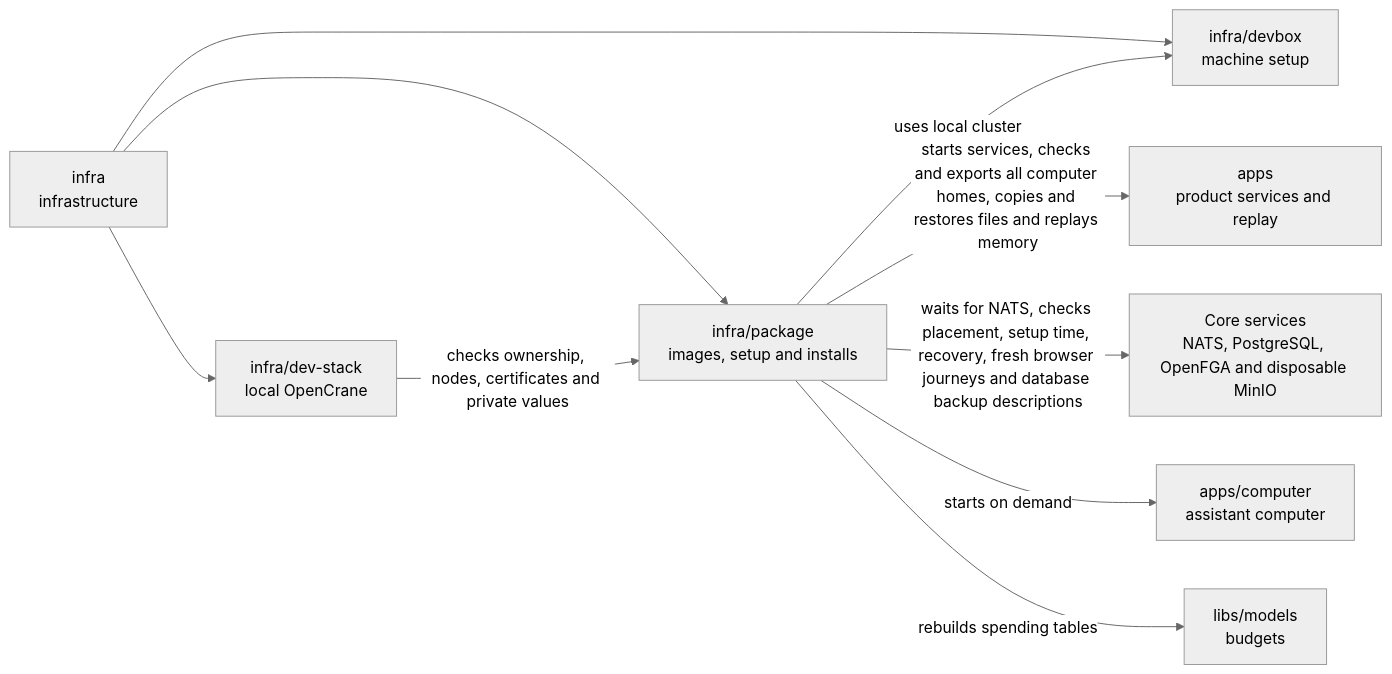
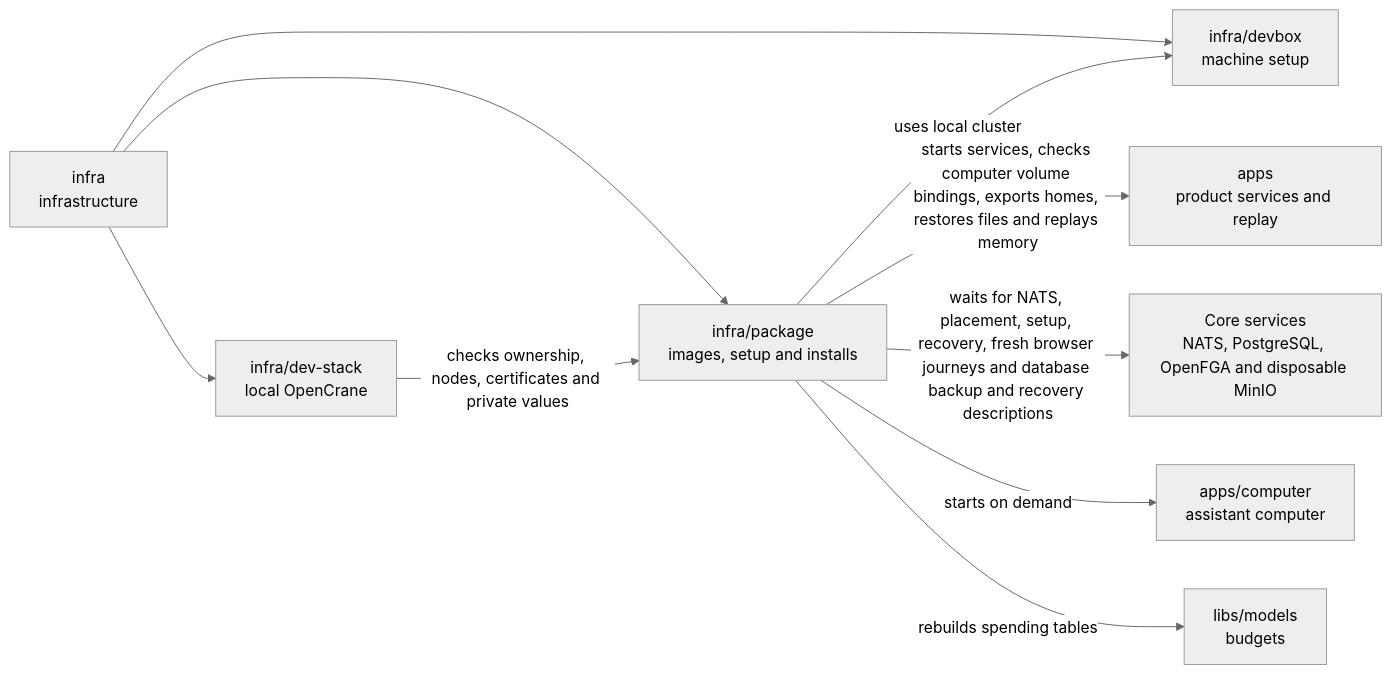
One commit to elewa-git/opencrane-new changed the diagram in infra/package/README.md. Above: the diagram before and after it, drawn with Mermaid (neutral theme). The commit also changed other lines of this file and 10 other files, not shown here.

Commit message:
💾 Render an exact database recovery source and WAL target

````diff
--- a/infra/package/README.md
+++ b/infra/package/README.md
@@ -19,12 +19,12 @@
 ```mermaid
 flowchart LR
   infra["infra<br/>infrastructure"] --> package["infra/package<br/>images, setup and installs"]
   infra --> stack["infra/dev-stack<br/>local OpenCrane"]
   infra --> devbox["infra/devbox<br/>machine setup"]
   stack -->|checks ownership, nodes, certificates and private values| package
   package -->|uses local cluster| devbox
-  package -->|starts services, checks and exports all computer homes, copies and restores files and replays memory| apps["apps<br/>product services and replay"]
-  package -->|waits for NATS, checks placement, setup time, recovery, fresh browser journeys and database backup descriptions| services["Core services<br/>NATS, PostgreSQL, OpenFGA and disposable MinIO"]
+  package -->|starts services, checks computer volume bindings, exports homes, restores files and replays memory| apps["apps<br/>product services and replay"]
+  package -->|waits for NATS, placement, setup, recovery, fresh browser journeys and database backup and recovery descriptions| services["Core services<br/>NATS, PostgreSQL, OpenFGA and disposable MinIO"]
   package -->|starts on demand| computer["apps/computer<br/>assistant computer"]
   package -->|rebuilds spending tables| models["libs/models<br/>budgets"]
 ```
````
